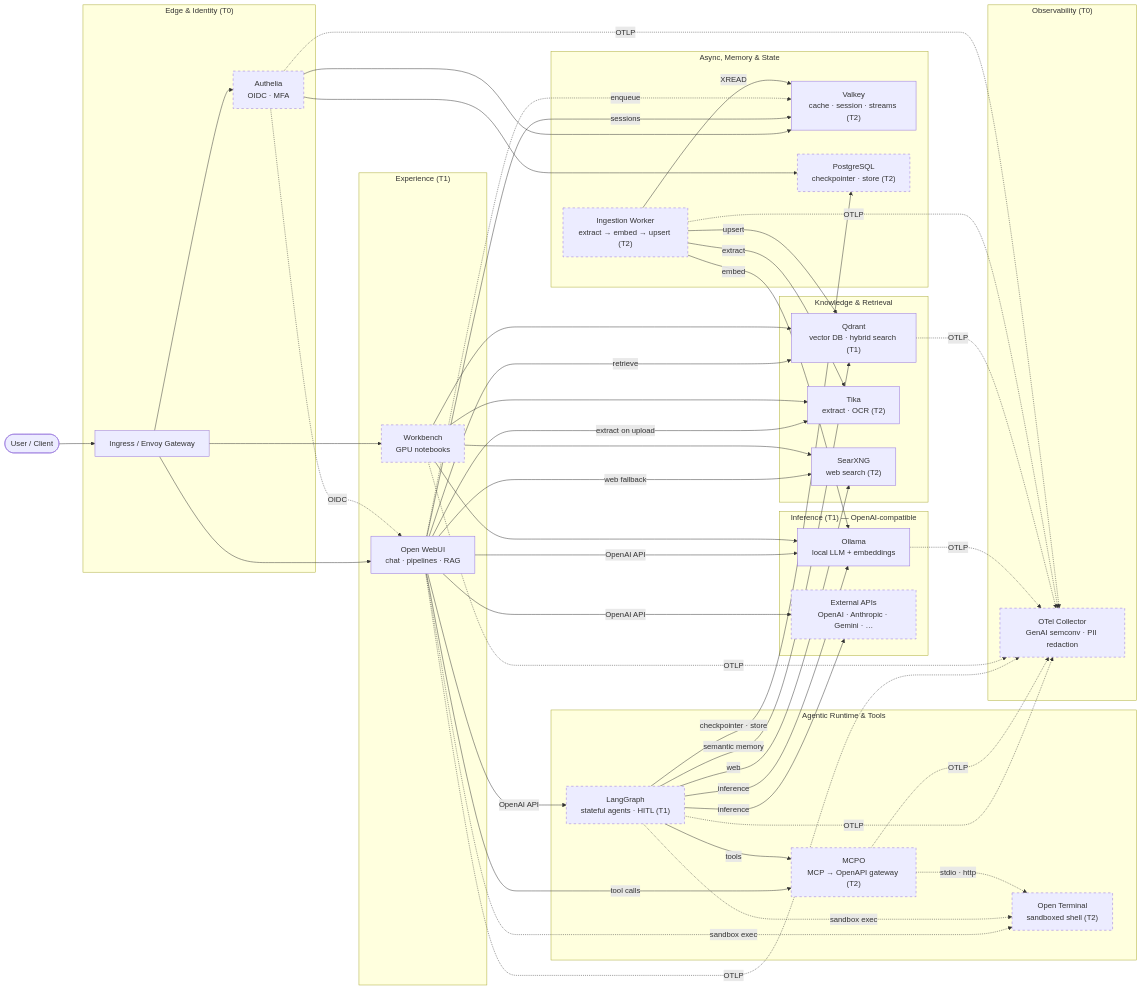
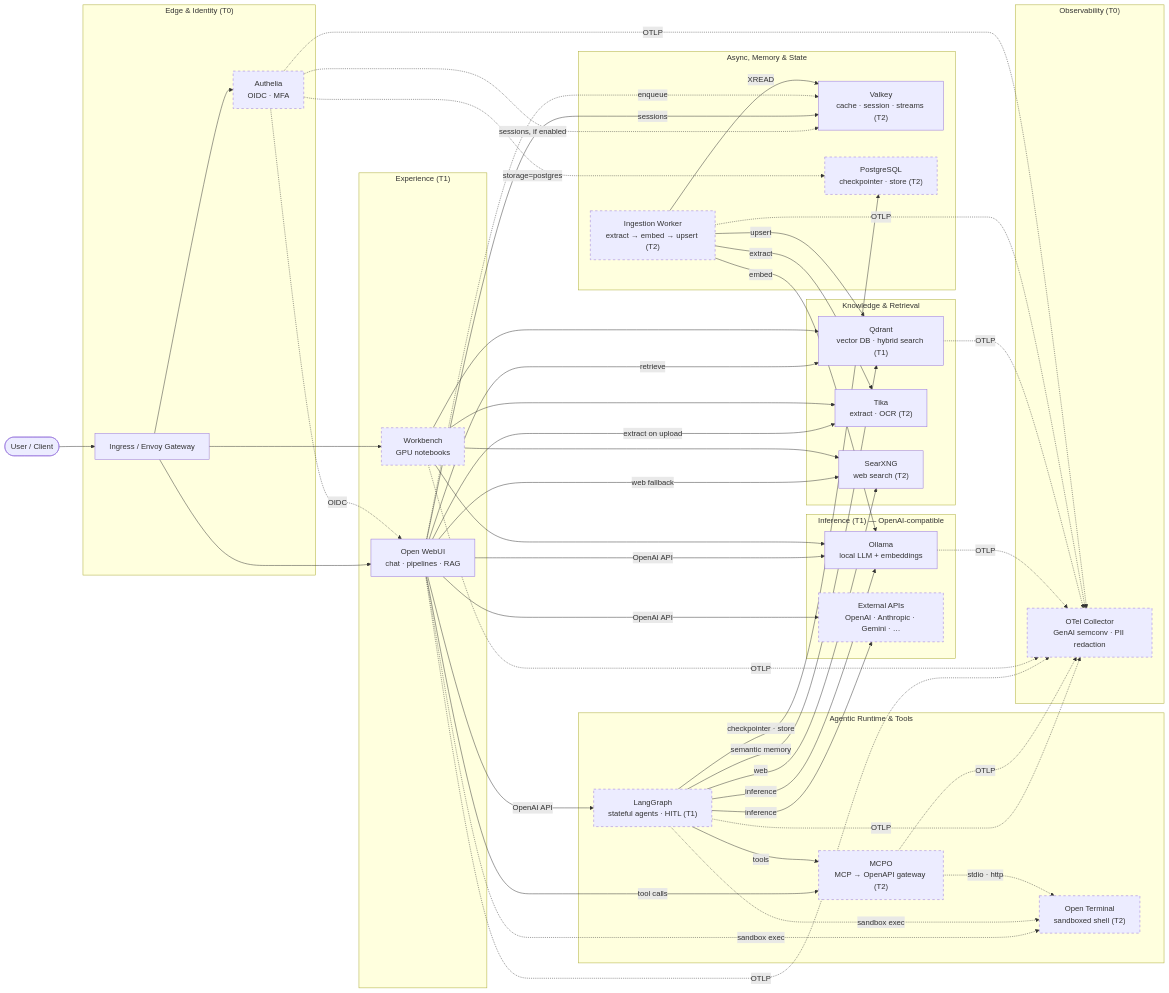
One commit to rmednitzer/ai-stack changed the diagram in README.md. Above: the diagram before and after it, drawn with Mermaid. The commit also changed other lines of this file and 7 other files, not shown here.

First line of the commit message:
docs: add reference architecture for Open WebUI + agentic workloads

```diff
--- a/README.md
+++ b/README.md
@@ -79,8 +86,8 @@
   Ingress --> OpenWebUI
   Ingress --> Workbench
   Authelia -.->|OIDC| OpenWebUI
-  Authelia --> Valkey
-  Authelia --> Postgres
+  Authelia -.->|sessions, if enabled| Valkey
+  Authelia -.->|storage=postgres| Postgres
 
   %% Open WebUI: conversational + RAG path
   OpenWebUI -->|OpenAI API| Ollama
```
